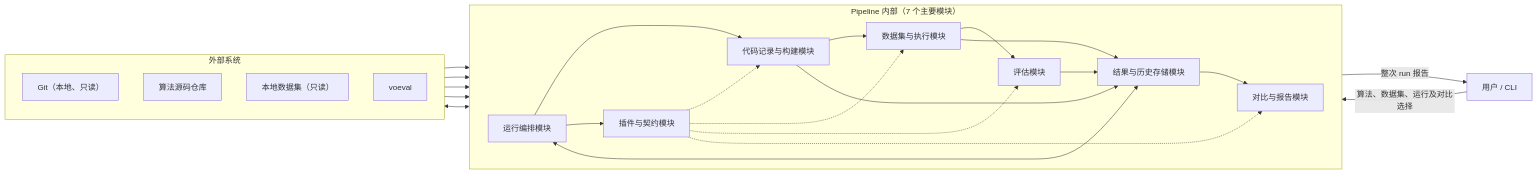
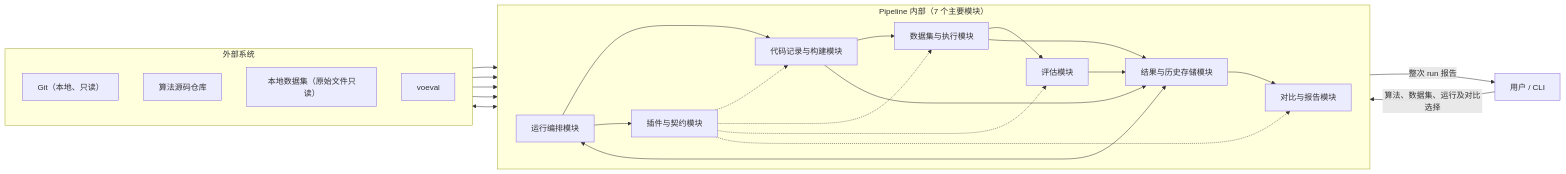
The first of 2 diagrams in docs/hld/hld.md (freelance-012/benchmark), drawn with Mermaid before and after one commit. The commit also changed other lines of this file and 1 other file, not shown here.

````diff
--- a/docs/hld/hld.md
+++ b/docs/hld/hld.md
@@ -14,41 +14,41 @@
 ```mermaid
 flowchart LR
     U["用户 / CLI"]
 
     subgraph CORE["Pipeline 内部（7 个主要模块）"]
         direction LR
         O["运行编排模块"]
         P["插件与契约模块"]
         B["代码记录与构建模块"]
         X["数据集与执行模块"]
         E["评估模块"]
         S["结果与历史存储模块"]
         R["对比与报告模块"]
 
         O --> B --> X --> E --> S --> R
         O --> P
         P -.-> B
         P -.-> X
         P -.-> E
         P -.-> R
         O <--> S
         B --> S
         X --> S
     end
 
     subgraph EXT["外部系统"]
         direction TB
         G["Git（本地、只读）"]
         C["算法源码仓库"]
-        D["本地数据集（只读）"]
+        D["本地数据集（原始文件只读）"]
         V["voeval"]
     end
 
     U -->|"算法、数据集、运行及对比选择"| O
     R -->|"整次 run 报告"| U
     G --> B
     C --> B
     D --> X
     D --> E
     E <--> V
 ```
````
